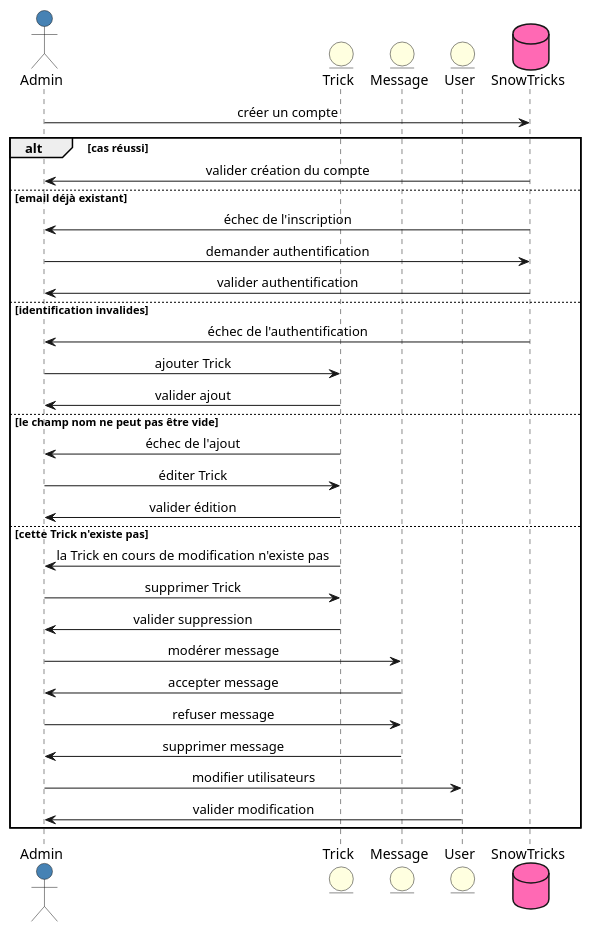
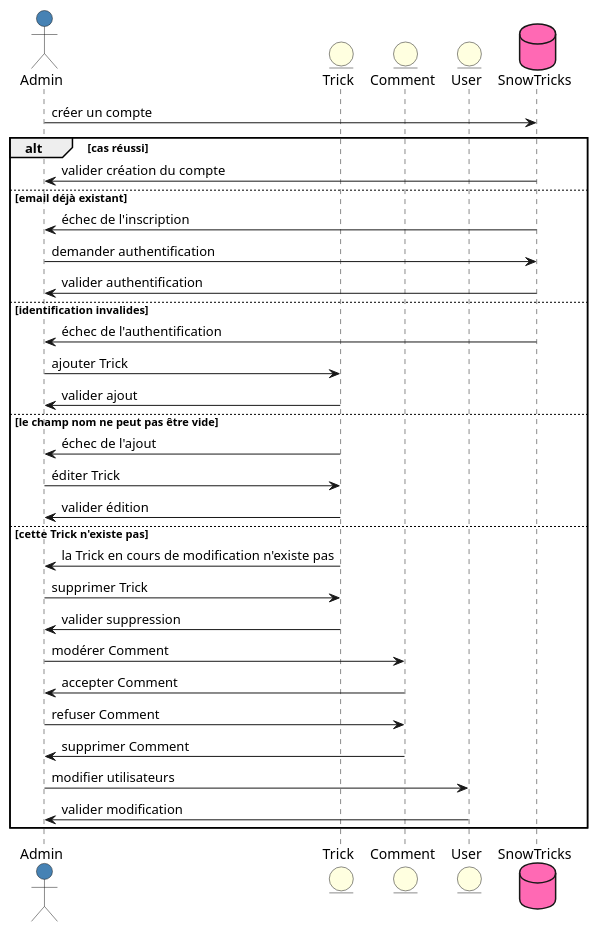
One commit to laurasullyalexandrine/SnowTricks changed the diagram in diagrammes-uml/Sequence/UserAdminSequence.puml. Above: the diagram before and after it, drawn with PlantUML. The commit also changed 8 other files, not shown here.

Commit message:
changing the name of the Message entity to Comment

```diff
--- a/diagrammes-uml/Sequence/UserAdminSequence.puml
+++ b/diagrammes-uml/Sequence/UserAdminSequence.puml
@@ -1,47 +1,47 @@
 @startuml UserAdminSequence
 
-skinparam responseMessageBelowArrow true
-skinparam SequenceMessageAlignment center
+skinparam responseCommentBelowArrow true
+skinparam SequenceCommentAlignment center
 
 actor Admin as Admin #SteelBlue
 
 entity Trick as Trick #LightYellow
-entity Message as Message #LightYellow
+entity Comment as Comment #LightYellow
 entity User as User #LightYellow
 
 database SnowTricks as SnowTricks #HotPink
 
 Admin -> SnowTricks: créer un compte
 alt cas réussi
 SnowTricks-> Admin: valider création du compte
 else email déjà existant 
 SnowTricks-> Admin: échec de l'inscription
 
 Admin -> SnowTricks: demander authentification 
 SnowTricks-> Admin: valider authentification 
 else identification invalides
 SnowTricks-> Admin: échec de l'authentification
 
 Admin -> Trick: ajouter Trick
 Trick -> Admin: valider ajout
 else le champ nom ne peut pas être vide
 Trick -> Admin: échec de l'ajout
 
 Admin -> Trick: éditer Trick
 Trick -> Admin: valider édition
 else cette Trick n'existe pas
 Trick -> Admin: la Trick en cours de modification n'existe pas
 
 Admin -> Trick: supprimer Trick
 Trick -> Admin: valider suppression
 
-Admin -> Message: modérer message
-Message -> Admin: accepter message
-Admin  -> Message: refuser message
-Message -> Admin: supprimer message
+Admin -> Comment: modérer Comment
+Comment -> Admin: accepter Comment
+Admin  -> Comment: refuser Comment
+Comment -> Admin: supprimer Comment
 
 Admin -> User: modifier utilisateurs
 User -> Admin: valider modification
 
 end
 @enduml
```
